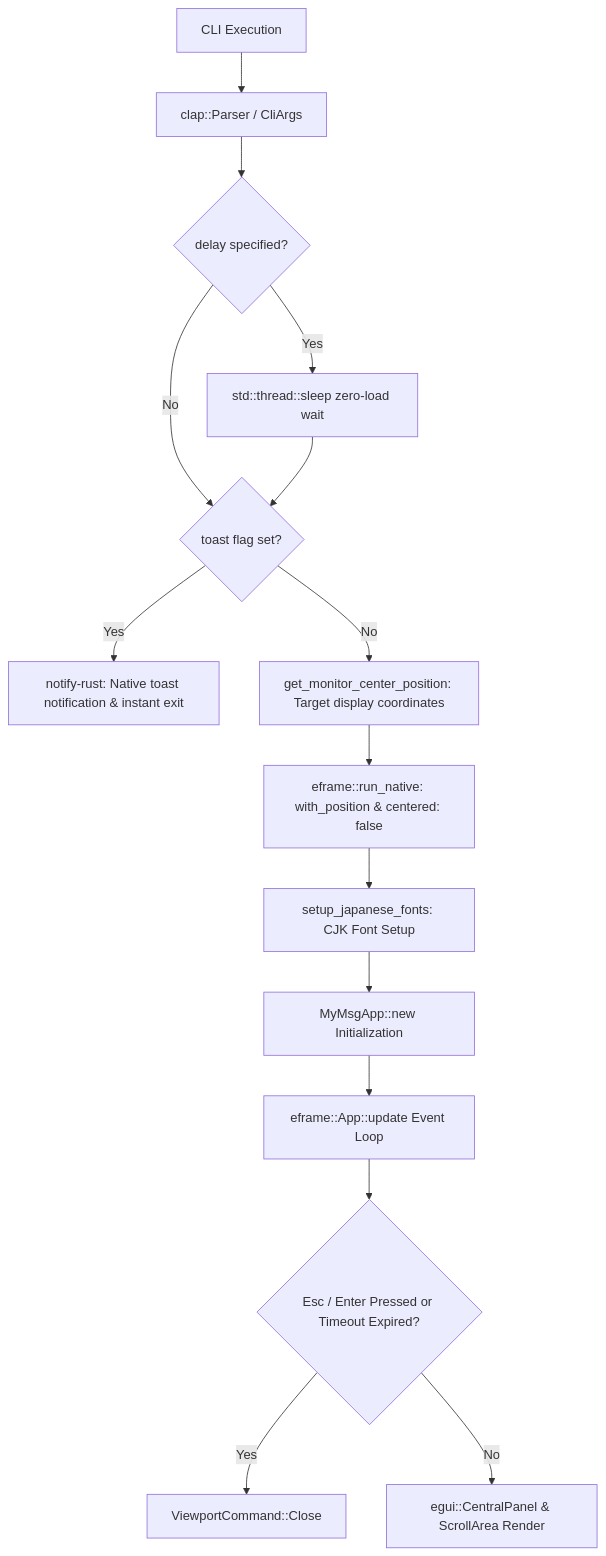
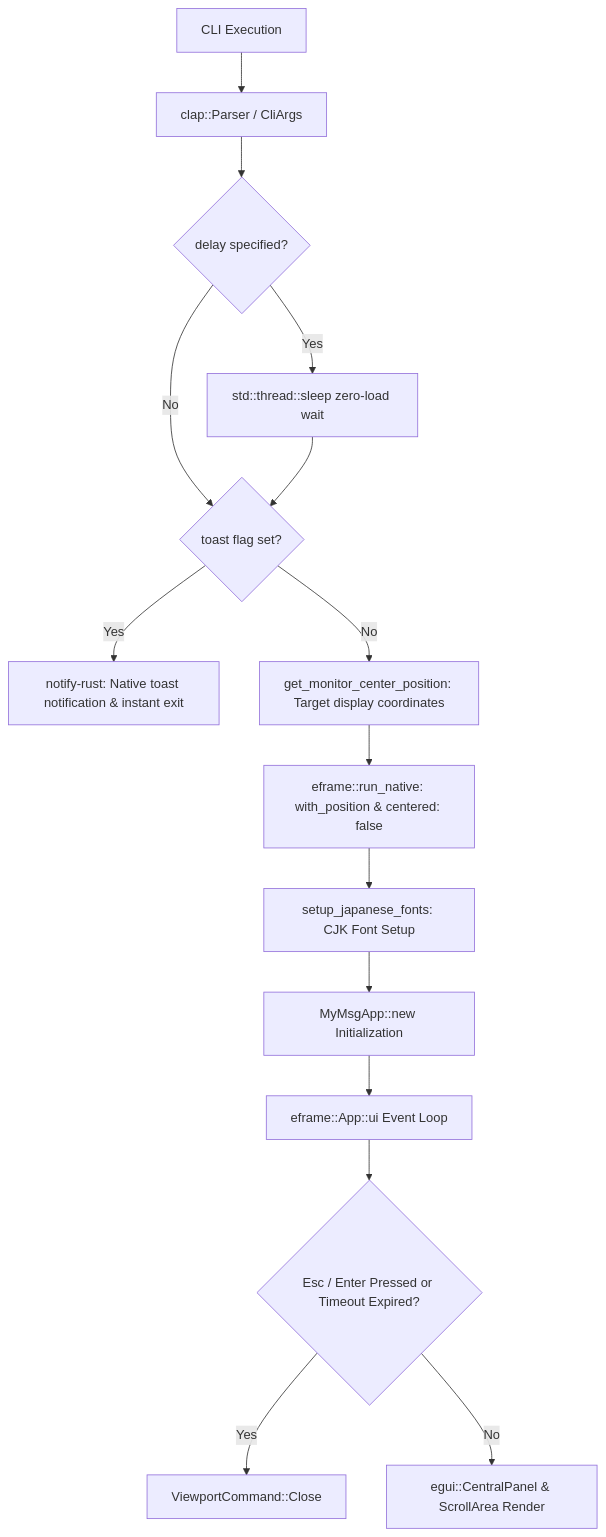
The first of 2 diagrams in docs/en/ARCHITECTURE.md (tkshnkgwr/MyMsg), drawn with Mermaid before and after one commit. The commit also changed 34 other files, not shown here.

````diff
--- a/docs/en/ARCHITECTURE.md
+++ b/docs/en/ARCHITECTURE.md
@@ -11,17 +11,17 @@
 ```mermaid
 graph TD
     CLI[CLI Execution] --> ArgParser[clap::Parser / CliArgs]
     ArgParser --> DelayCheck{delay specified?}
     DelayCheck -- Yes --> Sleep[std::thread::sleep zero-load wait]
     DelayCheck -- No --> ToastCheck
     Sleep --> ToastCheck{toast flag set?}
     ToastCheck -- Yes --> SendToast[notify-rust: Native toast notification & instant exit]
     ToastCheck -- No --> MonDetect[get_monitor_center_position: Target display coordinates]
     MonDetect --> WinInit[eframe::run_native: with_position & centered: false]
     WinInit --> FontSetup[setup_japanese_fonts: CJK Font Setup]
     FontSetup --> AppState[MyMsgApp::new Initialization]
-    AppState --> EventLoop[eframe::App::update Event Loop]
+    AppState --> EventLoop[eframe::App::ui Event Loop]
     EventLoop --> KeyCheck{Esc / Enter Pressed or Timeout Expired?}
     KeyCheck -- Yes --> CloseCmd[ViewportCommand::Close]
     KeyCheck -- No --> Render[egui::CentralPanel & ScrollArea Render]
 ```
````
